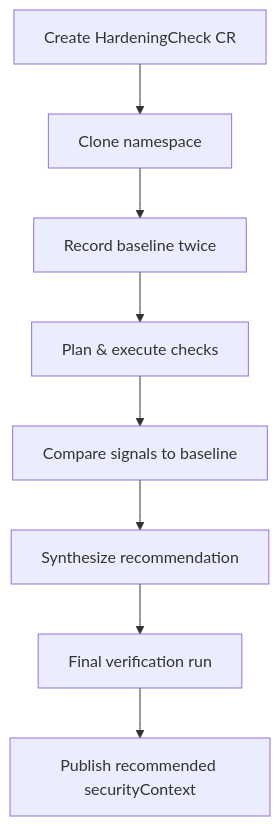
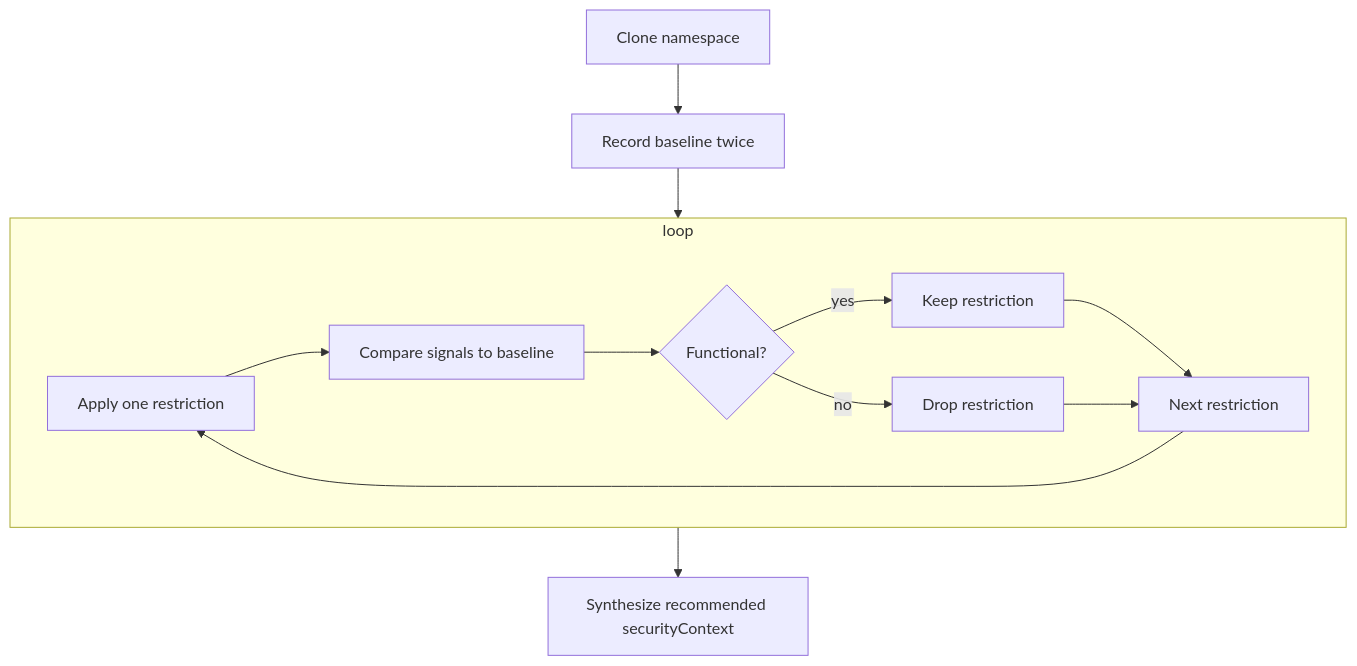
One commit to orakel-of-funk/swiss-cloud-native-day-talk-2026 changed the diagram in slides.md. Above: the diagram before and after it, drawn with Mermaid. The commit also changed other lines of this file and 10 other files, not shown here.

````diff
--- a/slides.md
+++ b/slides.md
@@ -165,10 +145,16 @@
-```mermaid
-graph TD
-    A[Create HardeningCheck CR] --> B[Clone namespace]
-    B --> C[Record baseline twice]
-    C --> D[Plan & execute checks]
-    D --> E[Compare signals to baseline]
-    E --> F[Synthesize recommendation]
-    F --> G[Final verification run]
-    G --> H[Publish recommended securityContext]
+```mermaid{scale: 0.55}
+graph TB
+    A[Clone namespace] --> B[Record baseline twice]
+    B --> C[Apply one restriction]
+    subgraph loop
+    direction LR
+    C --> D[Compare signals to baseline]
+    D --> E{Functional?}
+    E -->|yes| F[Keep restriction]
+    E -->|no| G[Drop restriction]
+    F --> H[Next restriction]
+    end
+    G --> H
+    H --> C
+    F --> I[Synthesize recommended securityContext]
 ```
````
